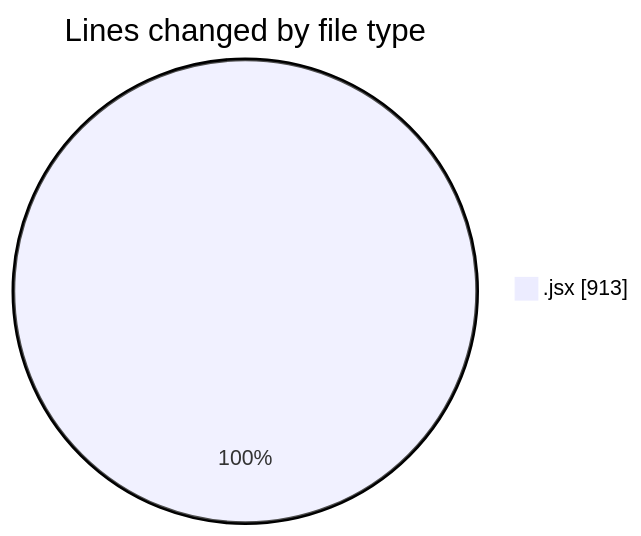
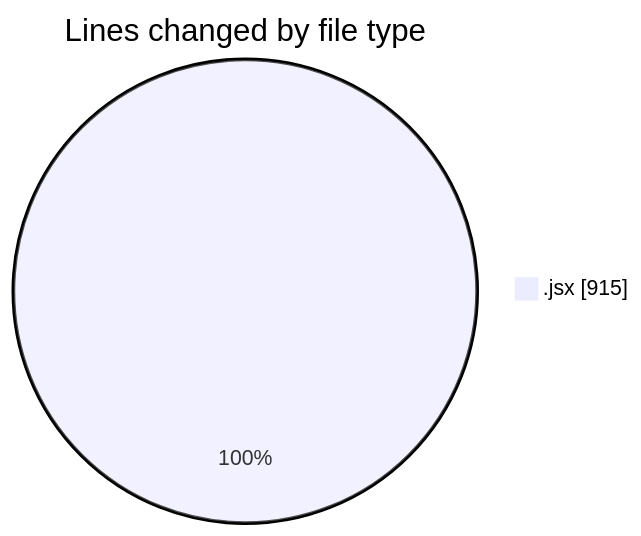
Before and after one commit to nxtqubesakshisongat/code-tracking: the first of 2 diagrams in 2025-05-12/argos-dev/README.md, drawn with Mermaid. The commit also changed other lines of this file and 1 other file, not shown here.

````diff
--- a/2025-05-12/argos-dev/README.md
+++ b/2025-05-12/argos-dev/README.md
@@ -20,5 +20,5 @@
 ```mermaid
 pie showData
 title Lines changed by file type
-".jsx" : 913
+".jsx" : 915
 ```
````
